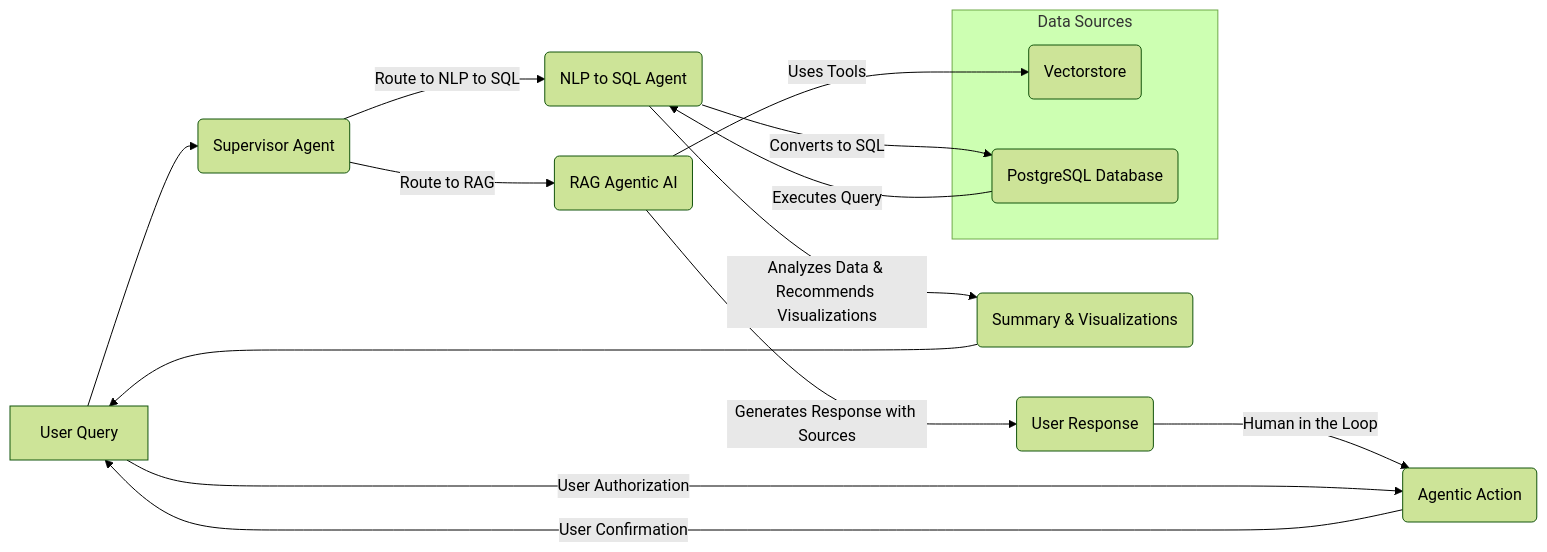
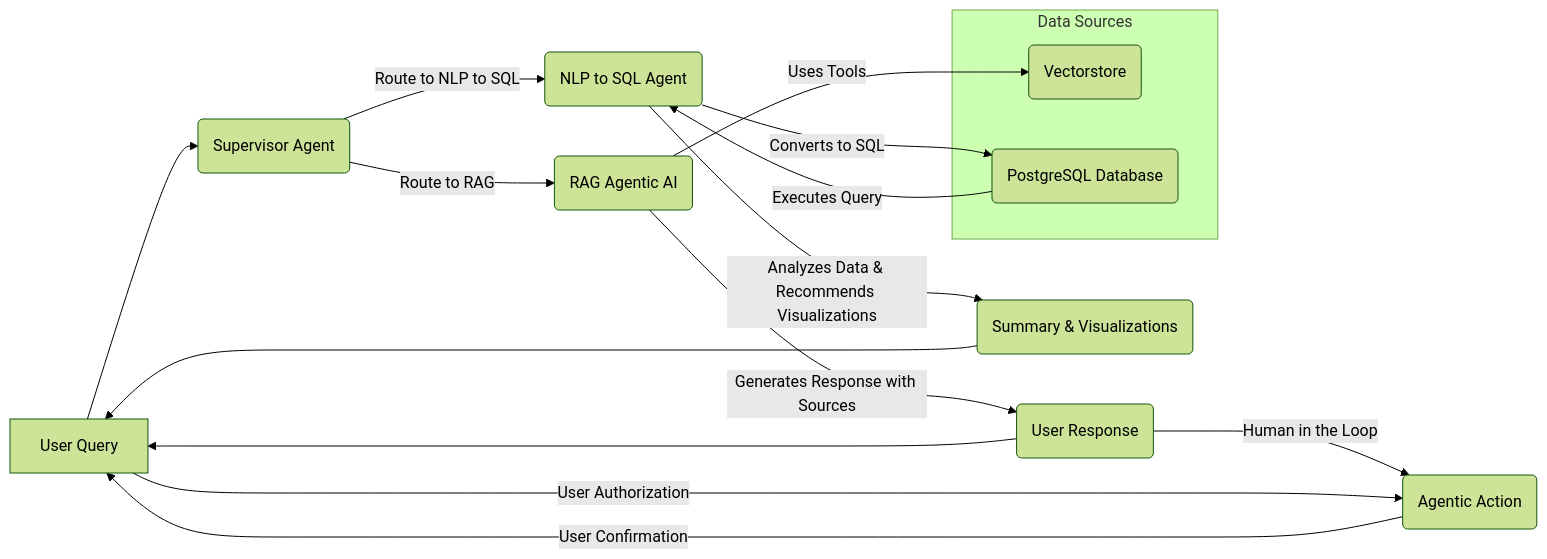
One commit to devt112/rag-multiagent-architecture changed the diagram in README.md. Above: the diagram before and after it, drawn with Mermaid (forest theme).

````diff
--- a/README.md
+++ b/README.md
@@ -35,19 +35,20 @@
 ```mermaid
 graph LR
     A[User Query] --> B(Supervisor Agent);
     B -- Route to RAG --> C(RAG Agentic AI);
     B -- Route to NLP to SQL --> D(NLP to SQL Agent);
     C -- Uses Tools --> E(Vectorstore);
     D -- Converts to SQL --> F(PostgreSQL Database);
     F -- Executes Query --> D;
     C -- Generates Response with Sources --> G(User Response);
     D -- Analyzes Data & Recommends Visualizations --> H(Summary & Visualizations);
+    G --> A;
     G -- Human in the Loop --> I(Agentic Action);
     I -- User Confirmation --> A;
     A -- User Authorization --> I(Agentic Action);
     H --> A;
     subgraph Data Sources
         E
         F
     end
 ```
````
